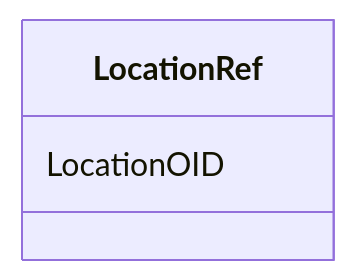
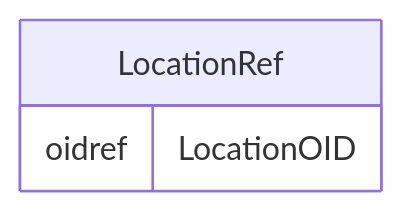
Before and after one commit to cdisc-org/DataExchange-ODM-LinkML: the diagram in docs/LocationRef.md, drawn with Mermaid. The commit also changed other lines of this file and 181 other files, not shown here.

Commit message:
ER diagrams working via templates and removing names with underscores

````diff
--- a/docs/LocationRef.md
+++ b/docs/LocationRef.md
@@ -14,7 +11,9 @@
 ```mermaid
- classDiagram
-    class LocationRef
-      LocationRef : LocationOID
-        
-      
+erDiagram
+LocationRef {
+    oidref LocationOID  
+}
+
+
+
 ```
````
